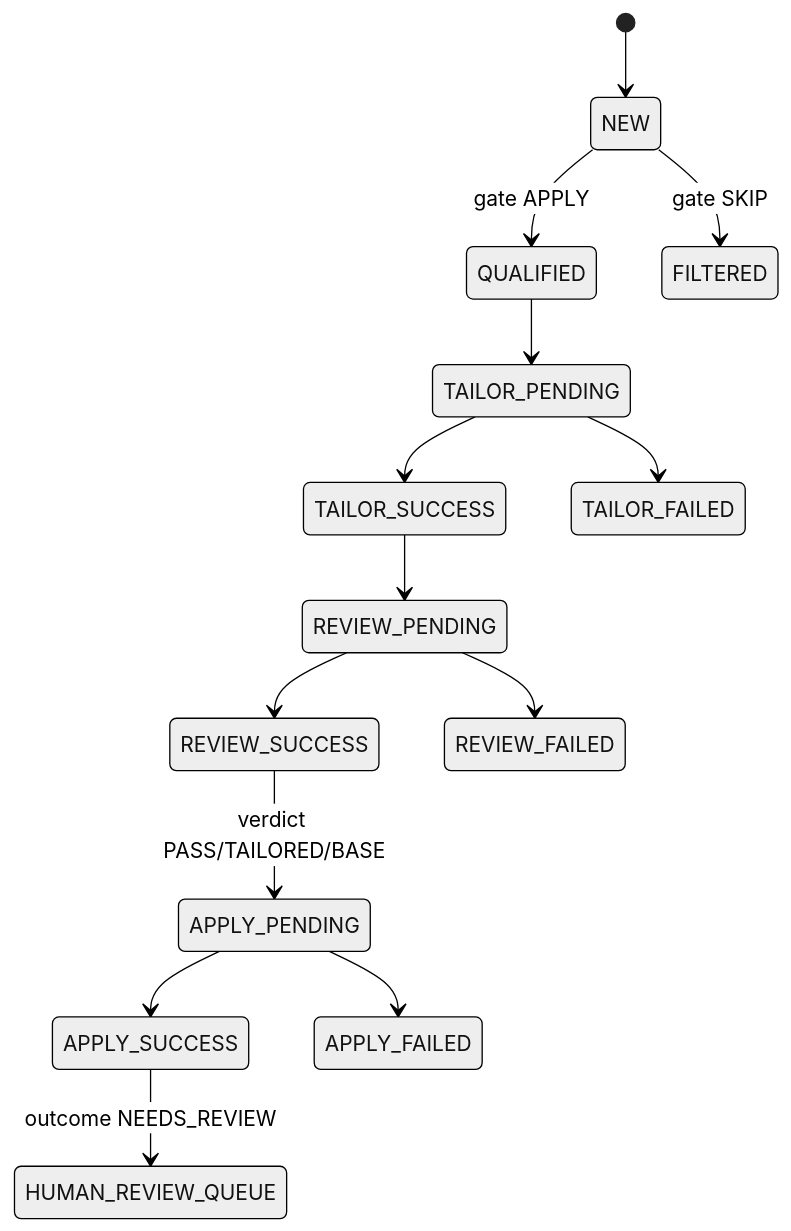
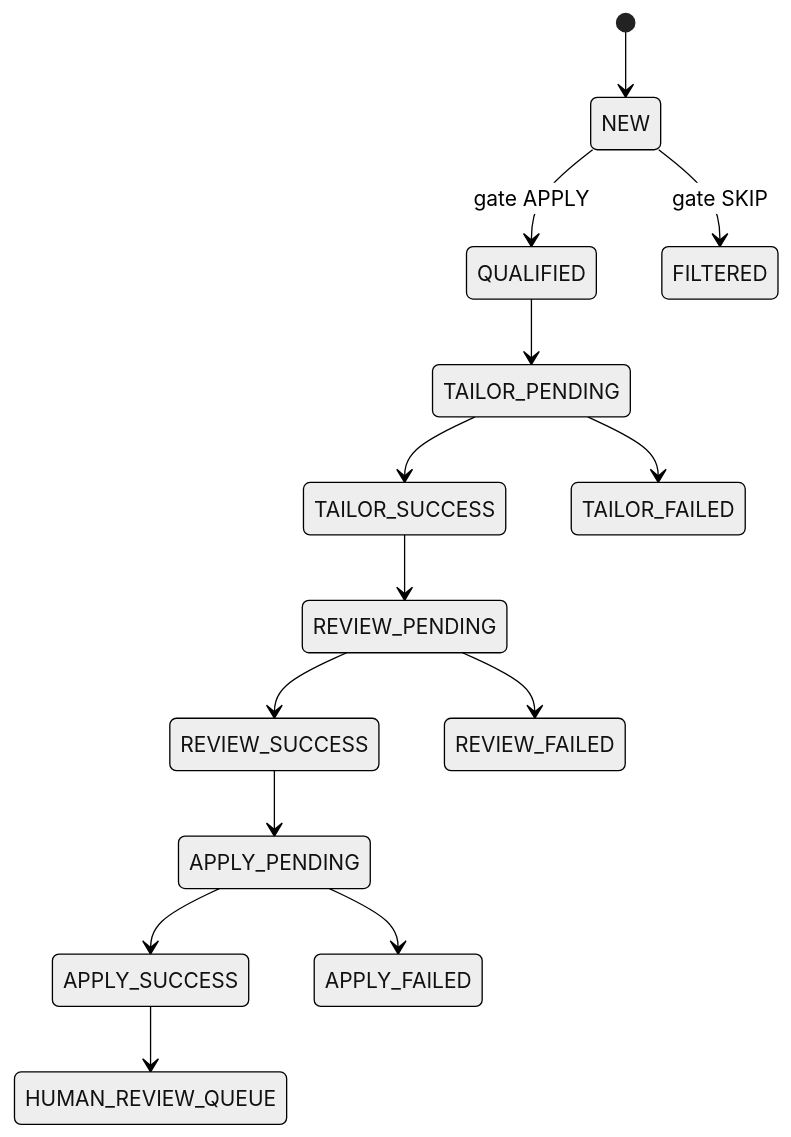
One commit to joeyspagnoli/agentic-job-applier changed the diagram in .aqa/spec/workflows.md. Above: the diagram before and after it, drawn with Mermaid (neutral theme). The commit also changed other lines of this file and 40 other files, not shown here.

````diff
--- a/.aqa/spec/workflows.md
+++ b/.aqa/spec/workflows.md
@@ -67,19 +51,19 @@
 ```mermaid
 stateDiagram-v2
     [*] --> NEW
     NEW --> QUALIFIED: gate APPLY
     NEW --> FILTERED: gate SKIP
 
     QUALIFIED --> TAILOR_PENDING
     TAILOR_PENDING --> TAILOR_SUCCESS
     TAILOR_PENDING --> TAILOR_FAILED
 
     TAILOR_SUCCESS --> REVIEW_PENDING
     REVIEW_PENDING --> REVIEW_SUCCESS
     REVIEW_PENDING --> REVIEW_FAILED
 
-    REVIEW_SUCCESS --> APPLY_PENDING: verdict PASS/TAILORED/BASE
+    REVIEW_SUCCESS --> APPLY_PENDING
     APPLY_PENDING --> APPLY_SUCCESS
     APPLY_PENDING --> APPLY_FAILED
-    APPLY_SUCCESS --> HUMAN_REVIEW_QUEUE: outcome NEEDS_REVIEW
+    APPLY_SUCCESS --> HUMAN_REVIEW_QUEUE
 ```
````
